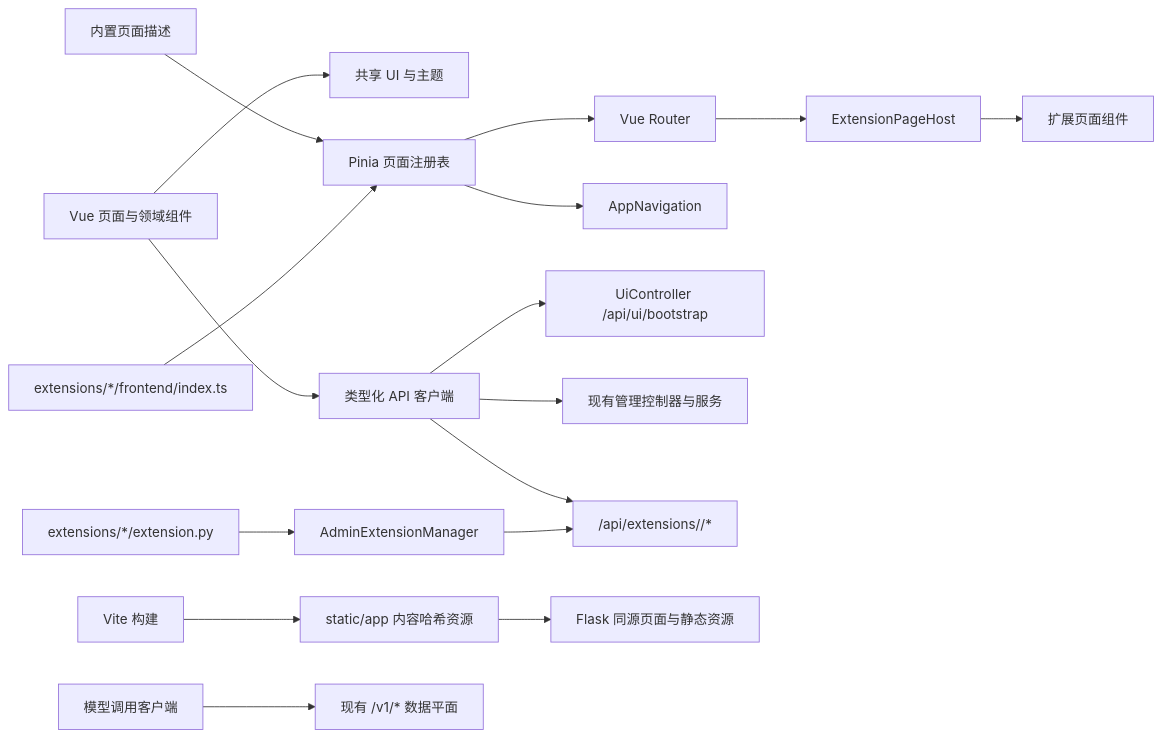
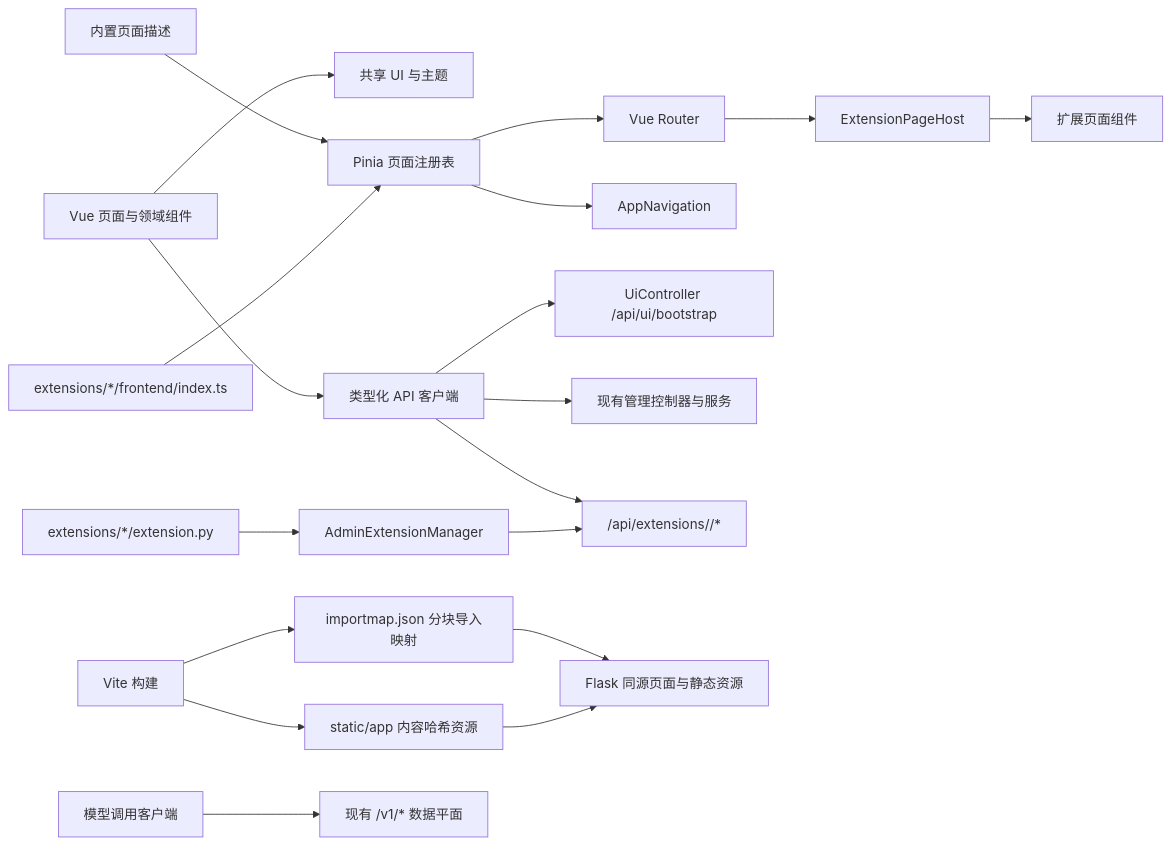
The first of 15 diagrams in docs/architecture-4plus1.md (VonSdite/LLM_Proxy), drawn with Mermaid before and after one commit. The commit also changed other lines of this file and 57 other files, not shown here.

````diff
--- a/docs/architecture-4plus1.md
+++ b/docs/architecture-4plus1.md
@@ -55,19 +55,21 @@
 ```mermaid
 flowchart LR
     Vue[Vue 页面与领域组件] --> UI[共享 UI 与主题]
     Vue --> API[类型化 API 客户端]
     Builtin[内置页面描述] --> Registry[Pinia 页面注册表]
     Local["extensions/*/frontend/index.ts"] --> Registry
     Registry --> Router[Vue Router]
     Registry --> Navigation[AppNavigation]
     Router --> Host[ExtensionPageHost]
     Host --> LocalPage[扩展页面组件]
     API --> Bootstrap[UiController /api/ui/bootstrap]
     API --> Control[现有管理控制器与服务]
     API --> ExtensionAPI["/api/extensions/<id>/*"]
     Backend["extensions/*/extension.py"] --> Manager[AdminExtensionManager]
     Manager --> ExtensionAPI
     Vite[Vite 构建] --> Assets[static/app 内容哈希资源]
+    Vite --> ImportMap[importmap.json 分块导入映射]
+    ImportMap --> Flask
     Assets --> Flask[Flask 同源页面与静态资源]
     DataClient[模型调用客户端] --> Data[现有 /v1/* 数据平面]
 ```
````
